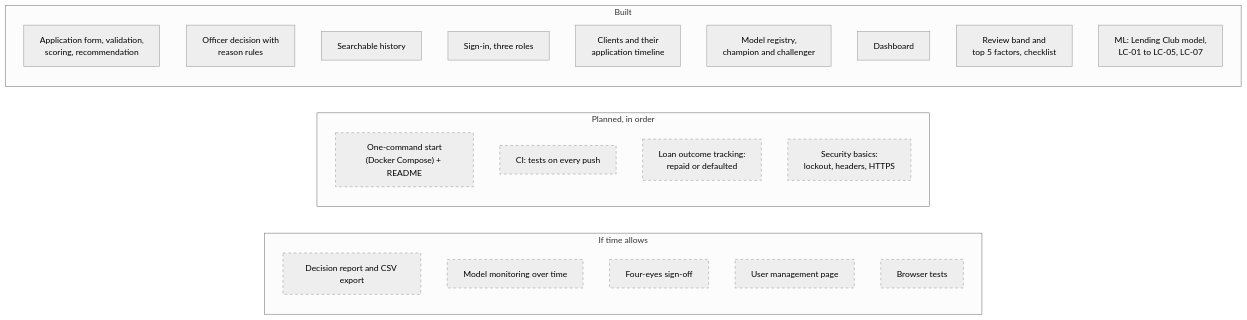
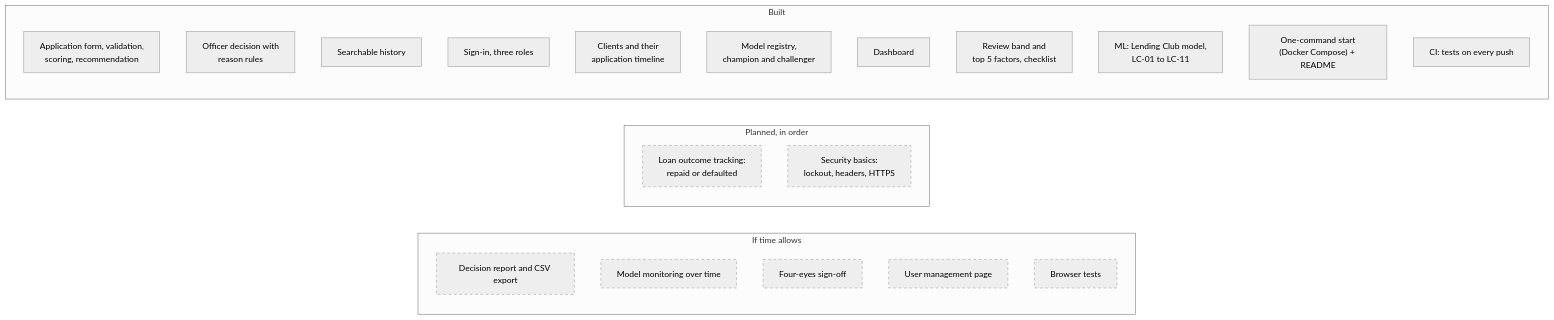
Before and after one commit to dejan3dejan/credit-scoring-dss: the first of 2 diagrams in architecture/12-status-and-roadmap.md, drawn with Mermaid (neutral theme). The commit also changed other lines of this file and 41 other files, not shown here.

Commit message:
Run the whole system with one docker compose command

````diff
--- a/architecture/12-status-and-roadmap.md
+++ b/architecture/12-status-and-roadmap.md
@@ -5,35 +5,35 @@
 ```mermaid
 flowchart LR
     subgraph later["If time allows"]
         direction TB
         l1["Decision report and CSV export"]
         l2["Model monitoring over time"]
         l3["Four-eyes sign-off"]
         l4["User management page"]
         l5["Browser tests"]
     end
 
     subgraph next["Planned, in order"]
         direction TB
-        n1["One-command start<br/>(Docker Compose) + README"]
-        n2["CI: tests on every push"]
         n3["Loan outcome tracking:<br/>repaid or defaulted"]
         n4["Security basics:<br/>lockout, headers, HTTPS"]
     end
 
     subgraph done["Built"]
         direction TB
         d1["Application form, validation,<br/>scoring, recommendation"]
         d2["Officer decision with<br/>reason rules"]
         d3["Searchable history"]
         d4["Sign-in, three roles"]
         d5["Clients and their<br/>application timeline"]
         d6["Model registry,<br/>champion and challenger"]
         d7["Dashboard"]
         d8["Review band and<br/>top 5 factors, checklist"]
-        d9["ML: Lending Club model,<br/>LC-01 to LC-05, LC-07"]
+        d9["ML: Lending Club model,<br/>LC-01 to LC-11"]
+        d10["One-command start<br/>(Docker Compose) + README"]
+        d11["CI: tests on every push"]
     end
 
     classDef plan stroke-dasharray: 5 5
-    class n1,n2,n3,n4,l1,l2,l3,l4,l5 plan
+    class n3,n4,l1,l2,l3,l4,l5 plan
 ```
````
